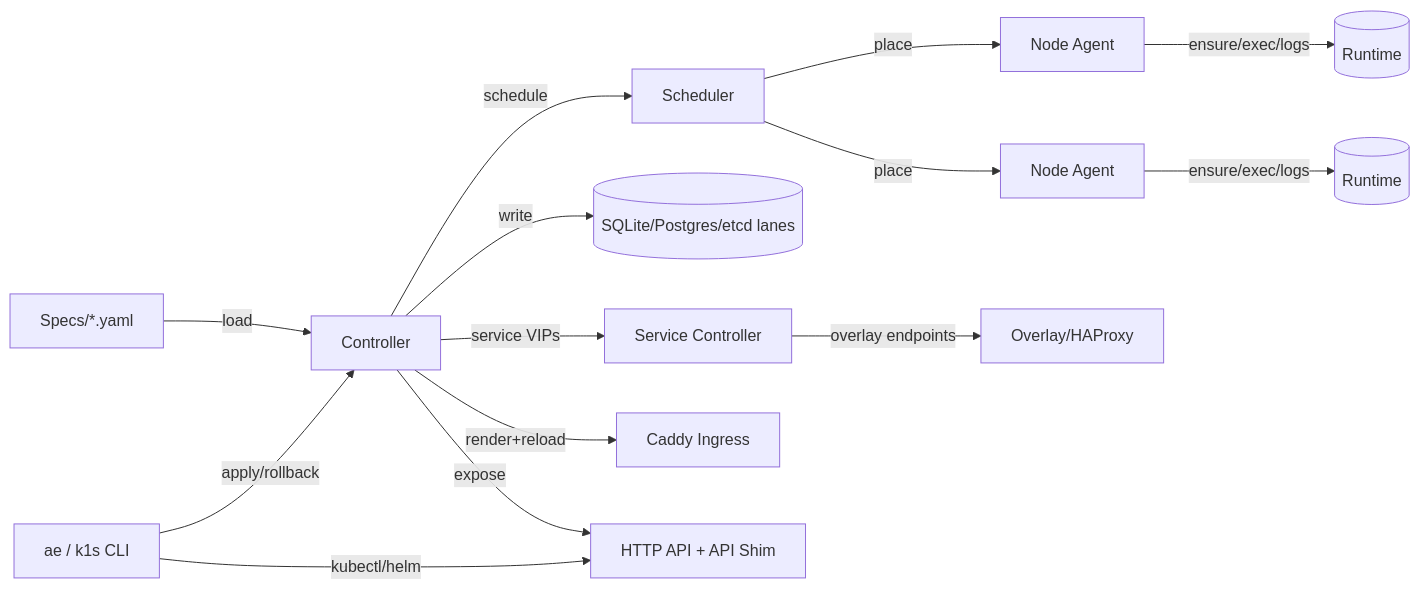
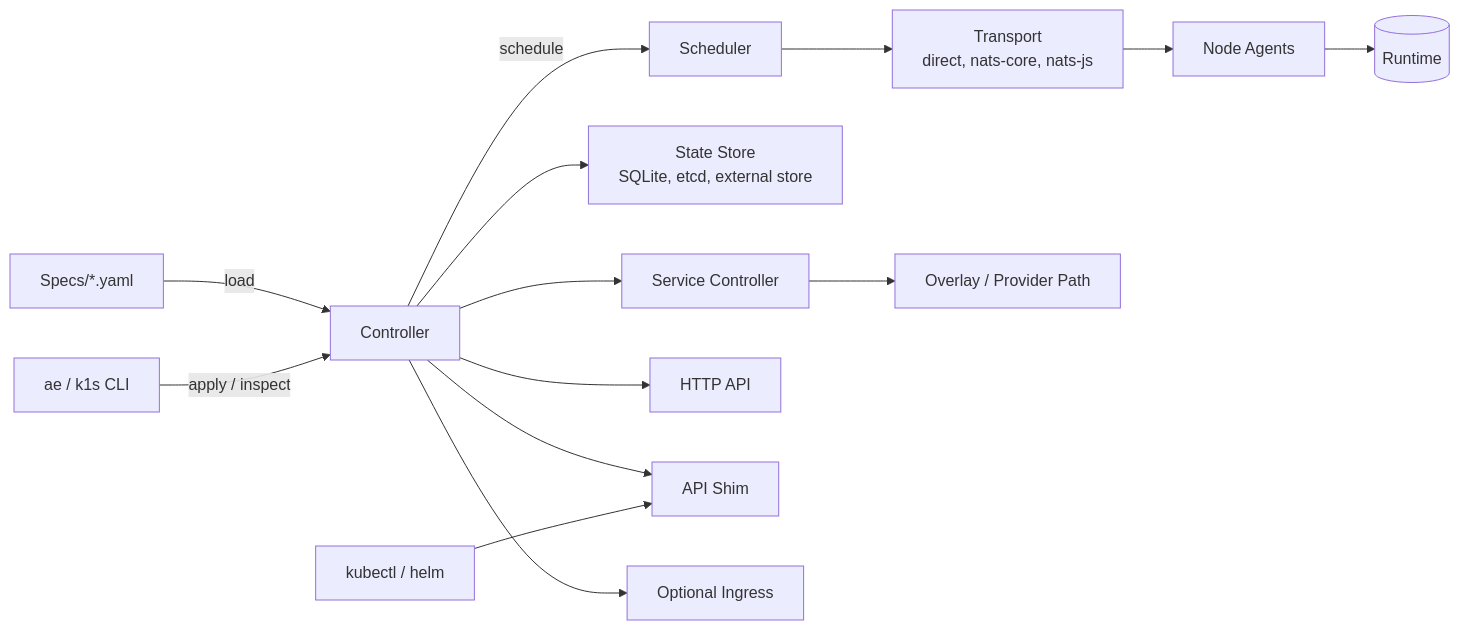
Before and after one commit to the-cm-collective/k1s: the diagram in docs/getting-started/overview.md, drawn with Mermaid. The commit also changed other lines of this file and 77 other files, not shown here.

````diff
--- a/docs/getting-started/overview.md
+++ b/docs/getting-started/overview.md
@@ -41,16 +41,16 @@
 ```mermaid
 flowchart LR
   A[Specs/*.yaml] -->|load| C[Controller]
+  CLI[ae / k1s CLI] -->|apply / inspect| C
   C -->|schedule| SCH[Scheduler]
-  SCH -->|place| N1[Node Agent]
-  SCH -->|place| N2[Node Agent]
-  C -->|write| S[(SQLite/Postgres/etcd lanes)]
-  C -->|service VIPs| SV[Service Controller]
-  SV -->|overlay endpoints| O[Overlay/HAProxy]
-  C -->|render+reload| I[Caddy Ingress]
-  N1 -->|ensure/exec/logs| R1[(Runtime)]
-  N2 -->|ensure/exec/logs| R2[(Runtime)]
-  C -->|expose| API[HTTP API + API Shim]
-  CLI[ae / k1s CLI] -->|apply/rollback| C
-  CLI -->|kubectl/helm| API
+  SCH --> T["Transport<br/>direct, nats-core, nats-js"]
+  T --> N[Node Agents]
+  N --> R[(Runtime)]
+  C --> ST["State Store<br/>SQLite, etcd, external store"]
+  C --> SV[Service Controller]
+  SV --> O[Overlay / Provider Path]
+  C --> API[HTTP API]
+  C --> SHIM[API Shim]
+  K[kubectl / helm] --> SHIM
+  C --> I[Optional Ingress]
 ```
````
